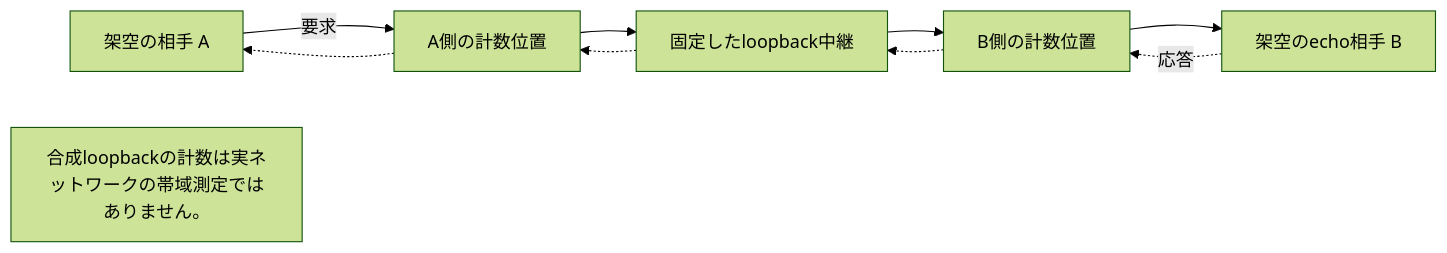
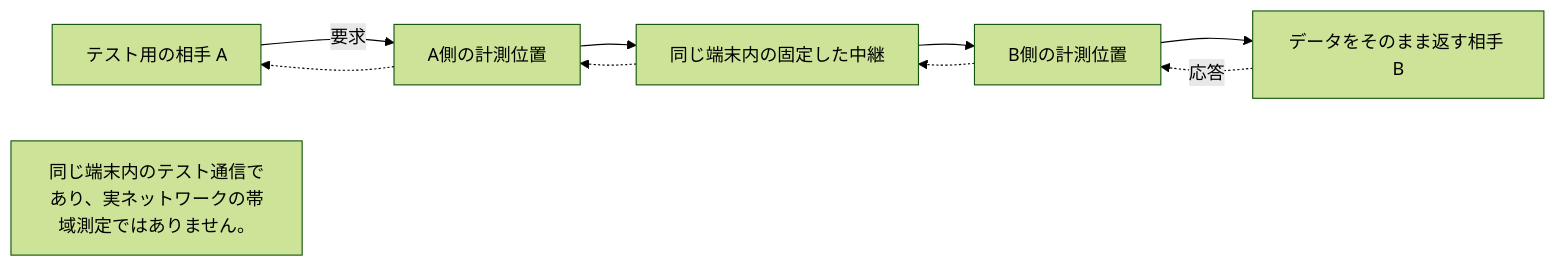
One commit to webkaz-labs/sobalink changed the diagram in docs/RELAY_TRAFFIC_MEASUREMENT.ja.md. Above: the diagram before and after it, drawn with Mermaid (forest theme). The commit also changed other lines of this file and 111 other files, not shown here.

````diff
--- a/docs/RELAY_TRAFFIC_MEASUREMENT.ja.md
+++ b/docs/RELAY_TRAFFIC_MEASUREMENT.ja.md
@@ -13,15 +12,15 @@
 ```mermaid
 flowchart LR
- accTitle: 2つの計数位置と往復の向き
- accDescr: 合成loopbackの計数は実ネットワークの帯域測定ではありません。
- A["架空の相手 A"] -->|要求| B["A側の計数位置"]
- B --> C["固定したloopback中継"]
- C --> D["B側の計数位置"]
- D --> E["架空のecho相手 B"]
+ accTitle: 2つの計測位置と往復の向き
+ accDescr: 同じ端末内のテスト通信であり、実ネットワークの帯域測定ではありません。
+ A["テスト用の相手 A"] -->|要求| B["A側の計測位置"]
+ B --> C["同じ端末内の固定した中継"]
+ C --> D["B側の計測位置"]
+ D --> E["データをそのまま返す相手 B"]
  E -. 応答 .-> D
  D -.-> C
  C -.-> B
  B -.-> A
 
- LIMIT["合成loopbackの計数は実ネットワークの帯域測定ではありません。"]
+ LIMIT["同じ端末内のテスト通信であり、実ネットワークの帯域測定ではありません。"]
 ```
````
